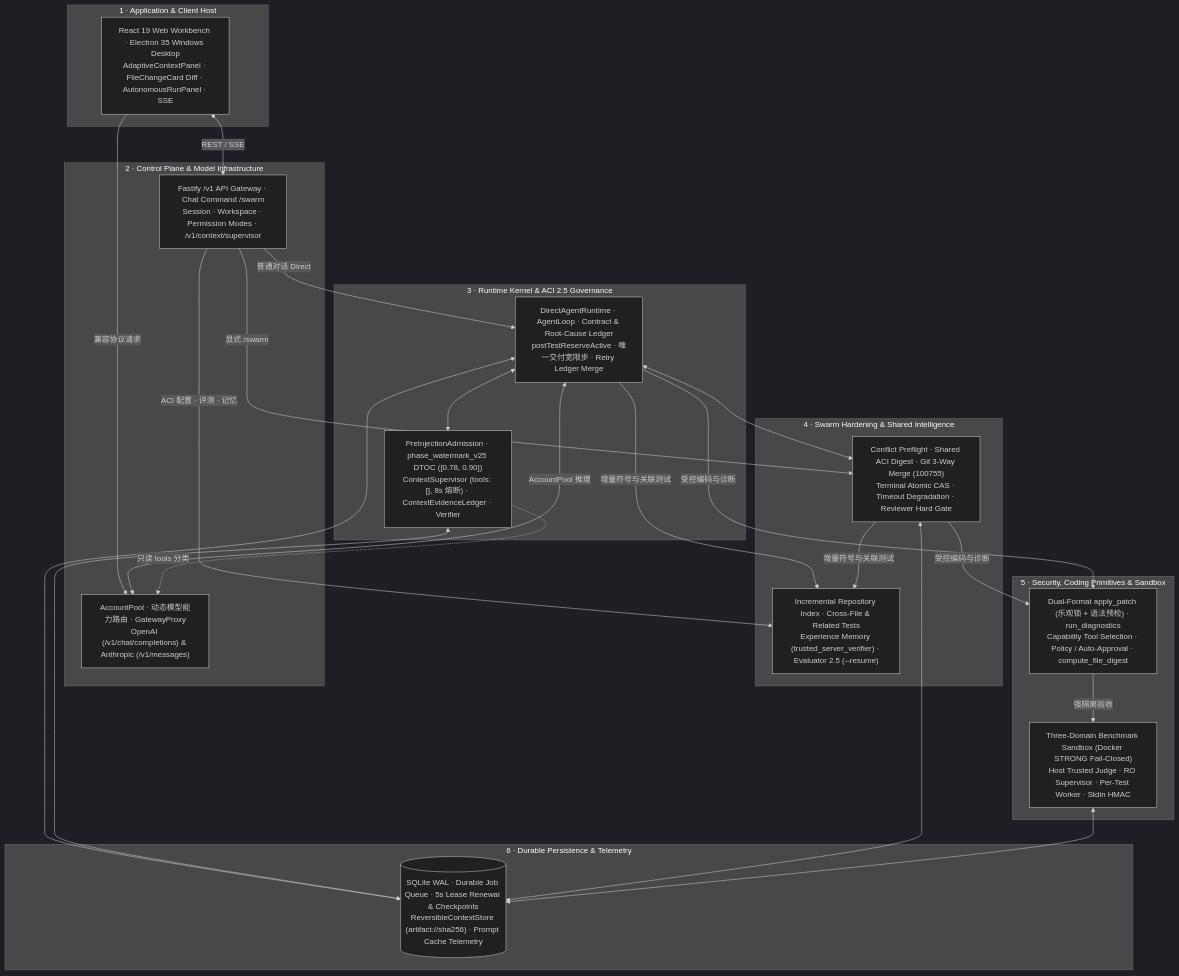
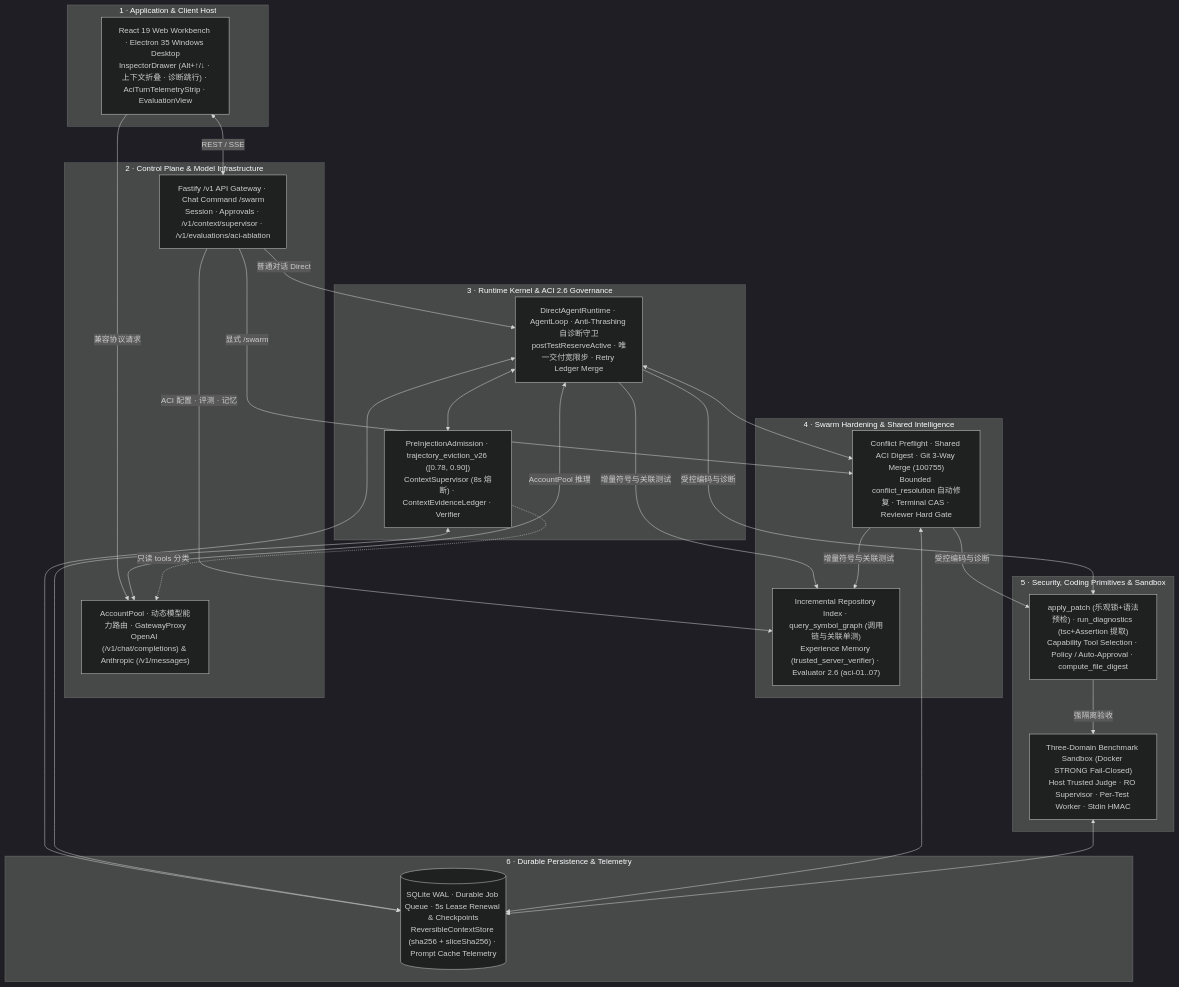
Before and after one commit to Eternite-0/Agent_US: the second of 2 diagrams in README.md, drawn with Mermaid (dark theme). The commit also changed other lines of this file, not shown here.

Commit message:
docs: update README with Agent_US 2.6 capabilities and aci26 empirical results

````diff
--- a/README.md
+++ b/README.md
@@ -121,44 +122,44 @@
 ```mermaid
 flowchart TB
     subgraph L1["1 · Application & Client Host"]
-        CLIENT["React 19 Web Workbench · Electron 35 Windows Desktop\nAdaptiveContextPanel · FileChangeCard Diff · AutonomousRunPanel · SSE"]
+        CLIENT["React 19 Web Workbench · Electron 35 Windows Desktop\nInspectorDrawer (Alt+↑/↓ · 上下文折叠 · 诊断跳行) · AciTurnTelemetryStrip · EvaluationView"]
     end
 
     subgraph L2["2 · Control Plane & Model Infrastructure"]
-        API["Fastify /v1 API Gateway · Chat Command /swarm\nSession · Workspace · Permission Modes · /v1/context/supervisor"]
+        API["Fastify /v1 API Gateway · Chat Command /swarm\nSession · Approvals · /v1/context/supervisor · /v1/evaluations/aci-ablation"]
         POOL["AccountPool · 动态模型能力路由 · GatewayProxy\nOpenAI (/v1/chat/completions) & Anthropic (/v1/messages)"]
     end
 
-    subgraph L3["3 · Runtime Kernel & ACI 2.5 Governance"]
-        KERNEL["DirectAgentRuntime · AgentLoop · Contract & Root-Cause Ledger\npostTestReserveActive · 唯一交付宽限步 · Retry Ledger Merge"]
-        ACI["PreInjectionAdmission · phase_watermark_v25 DTOC ([0.78, 0.90])\nContextSupervisor (tools: [], 8s 熔断) · ContextEvidenceLedger · Verifier"]
+    subgraph L3["3 · Runtime Kernel & ACI 2.6 Governance"]
+        KERNEL["DirectAgentRuntime · AgentLoop · Anti-Thrashing 自诊断守卫\npostTestReserveActive · 唯一交付宽限步 · Retry Ledger Merge"]
+        ACI["PreInjectionAdmission · trajectory_eviction_v26 ([0.78, 0.90])\nContextSupervisor (8s 熔断) · ContextEvidenceLedger · Verifier"]
     end
 
     subgraph L4["4 · Swarm Hardening & Shared Intelligence"]
-        SWARM["Conflict Preflight · Shared ACI Digest · Git 3-Way Merge (100755)\nTerminal Atomic CAS · Timeout Degradation · Reviewer Hard Gate"]
-        SHARED["Incremental Repository Index · Cross-File & Related Tests\nExperience Memory (trusted_server_verifier) · Evaluator 2.5 (--resume)"]
+        SWARM["Conflict Preflight · Shared ACI Digest · Git 3-Way Merge (100755)\nBounded conflict_resolution 自动修复 · Terminal CAS · Reviewer Hard Gate"]
+        SHARED["Incremental Repository Index · query_symbol_graph (调用链与关联单测)\nExperience Memory (trusted_server_verifier) · Evaluator 2.6 (aci-01..07)"]
     end
 
     subgraph L5["5 · Security, Coding Primitives & Sandbox"]
-        TOOLING["Dual-Format apply_patch (乐观锁 + 语法预检) · run_diagnostics\nCapability Tool Selection · Policy / Auto-Approval · compute_file_digest"]
+        TOOLING["apply_patch (乐观锁+语法预检) · run_diagnostics (tsc+Assertion 提取)\nCapability Tool Selection · Policy / Auto-Approval · compute_file_digest"]
         SANDBOX["Three-Domain Benchmark Sandbox (Docker STRONG Fail-Closed)\nHost Trusted Judge · RO Supervisor · Per-Test Worker · Stdin HMAC"]
     end
 
     subgraph L6["6 · Durable Persistence & Telemetry"]
-        STORE[("SQLite WAL · Durable Job Queue · 5s Lease Renewal & Checkpoints\nReversibleContextStore (artifact://sha256) · Prompt Cache Telemetry")]
+        STORE[("SQLite WAL · Durable Job Queue · 5s Lease Renewal & Checkpoints\nReversibleContextStore (sha256 + sliceSha256) · Prompt Cache Telemetry")]
     end
 
     CLIENT <-->|"REST / SSE"| API
     CLIENT -->|"兼容协议请求"| POOL
     API -->|"普通对话 Direct"| KERNEL
     API -->|"显式 /swarm"| SWARM
     API -->|"ACI 配置 · 评测 · 记忆"| SHARED
     KERNEL <--> ACI
     KERNEL <-->|"AccountPool 推理"| POOL
     ACI -.->|"只读 tools 分类"| POOL
     KERNEL <--> SWARM
     KERNEL & SWARM -->|"增量符号与关联测试"| SHARED
     KERNEL & SWARM -->|"受控编码与诊断"| TOOLING
     TOOLING -->|"强隔离验收"| SANDBOX
     KERNEL & ACI & SWARM & SANDBOX <--> STORE
 ```
````
